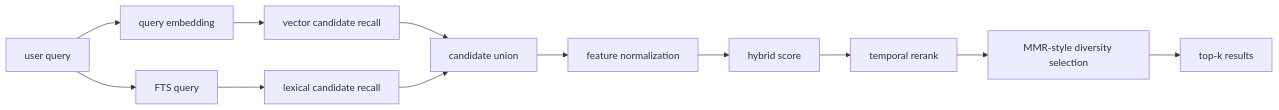
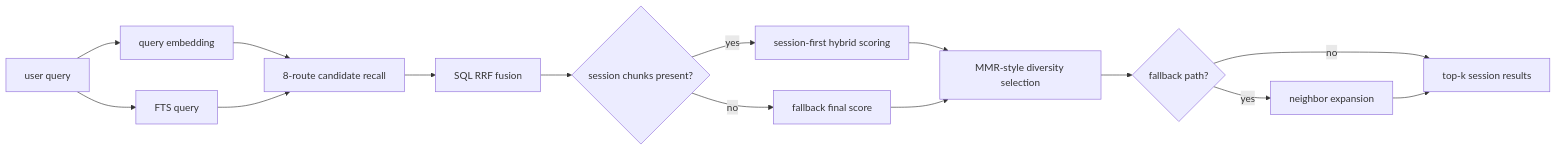
One commit to OpenSenseNova/MemSense changed the diagram in docs/features/retrieval-algorithm.md. Above: the diagram before and after it, drawn with Mermaid. The commit also changed other lines of this file and 39 other files, not shown here.

Commit message:
update memory flow

````diff
--- a/docs/features/retrieval-algorithm.md
+++ b/docs/features/retrieval-algorithm.md
@@ -20,14 +20,17 @@
 ```mermaid
 flowchart LR
     A[user query] --> B[query embedding]
     A --> C[FTS query]
-    B --> D[vector candidate recall]
-    C --> E[lexical candidate recall]
-    D --> F[candidate union]
-    E --> F
-    F --> G[feature normalization]
-    G --> H[hybrid score]
-    H --> I[temporal rerank]
-    I --> J[MMR-style diversity selection]
-    J --> K[top-k results]
+    B --> D[8-route candidate recall]
+    C --> D
+    D --> E[SQL RRF fusion]
+    E --> F{session chunks present?}
+    F -->|yes| G[session-first hybrid scoring]
+    F -->|no| H[fallback final score]
+    G --> I[MMR-style diversity selection]
+    H --> I
+    I --> J{fallback path?}
+    J -->|yes| K[neighbor expansion]
+    J -->|no| L[top-k session results]
+    K --> L
 ```
````
